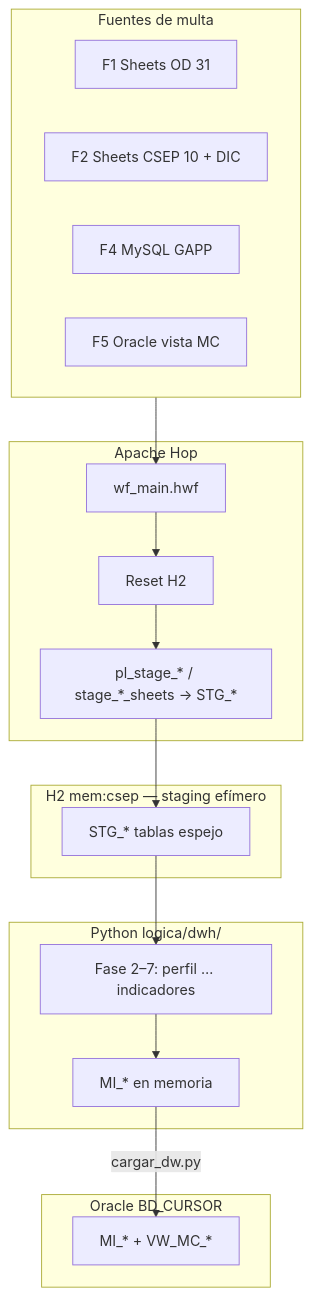
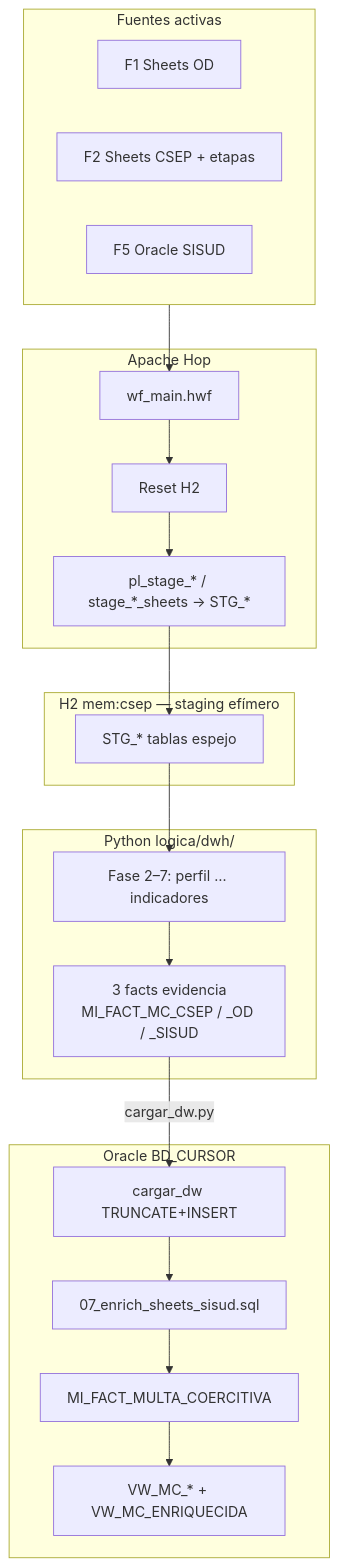
The first of 3 diagrams in docs/fase1-3/status.md (nwodevops/multa_informes_etl), drawn with Mermaid before and after one commit. The commit also changed other lines of this file and 46 other files, not shown here.

````diff
--- a/docs/fase1-3/status.md
+++ b/docs/fase1-3/status.md
@@ -10,33 +12,37 @@
 ```mermaid
 flowchart TB
-  subgraph fuentes [Fuentes de multa]
-    F1["F1 Sheets OD 31"]
-    F2["F2 Sheets CSEP 10 + DIC"]
-    F4["F4 MySQL GAPP"]
-    F5["F5 Oracle vista MC"]
+  subgraph fuentes [Fuentes activas]
+    F1["F1 Sheets OD"]
+    F2["F2 Sheets CSEP + etapas"]
+    F5["F5 Oracle SISUD"]
   end
 
   subgraph hop [Apache Hop]
     WF["wf_main.hwf"]
     RESET["Reset H2"]
     STG_LOAD["pl_stage_* / stage_*_sheets → STG_*"]
   end
 
   subgraph h2 [H2 mem:csep — staging efímero]
     STG["STG_* tablas espejo"]
   end
 
   subgraph py [Python logica/dwh/]
     F2b["Fase 2–7: perfil … indicadores"]
-    OUT["MI_* en memoria"]
+    EV["3 facts evidencia<br/>MI_FACT_MC_CSEP / _OD / _SISUD"]
   end
 
   subgraph oracle [Oracle BD_CURSOR]
-    ORA["MI_* + VW_MC_*"]
+    LOAD["cargar_dw TRUNCATE+INSERT"]
+    ENR["07_enrich_sheets_sisud.sql"]
+    FACT["MI_FACT_MULTA_COERCITIVA"]
+    VW["VW_MC_* + VW_MC_ENRIQUECIDA"]
   end
 
   fuentes --> WF
   WF --> RESET --> STG_LOAD --> STG
-  STG --> F2b --> OUT
-  OUT -->|"cargar_dw.py"| ORA
+  STG --> F2b --> EV
+  EV -->|"cargar_dw.py"| LOAD
+  LOAD --> ENR --> FACT
+  FACT --> VW
 ```
````
